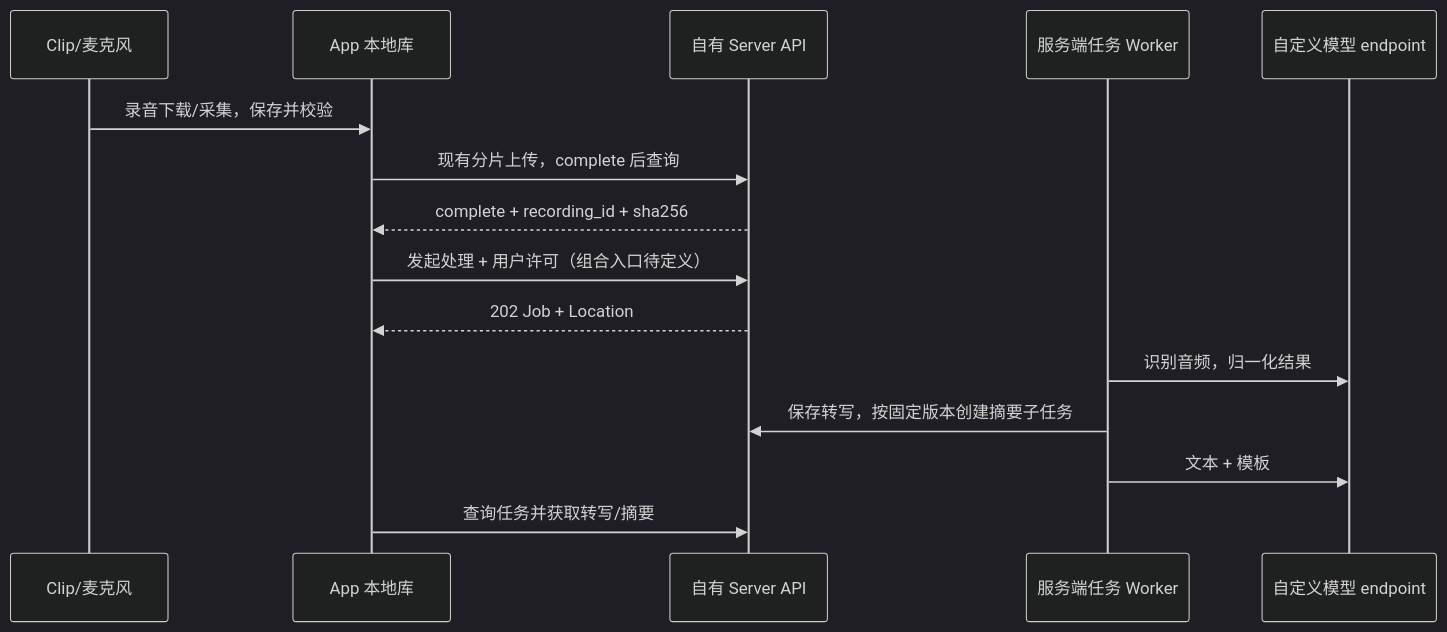
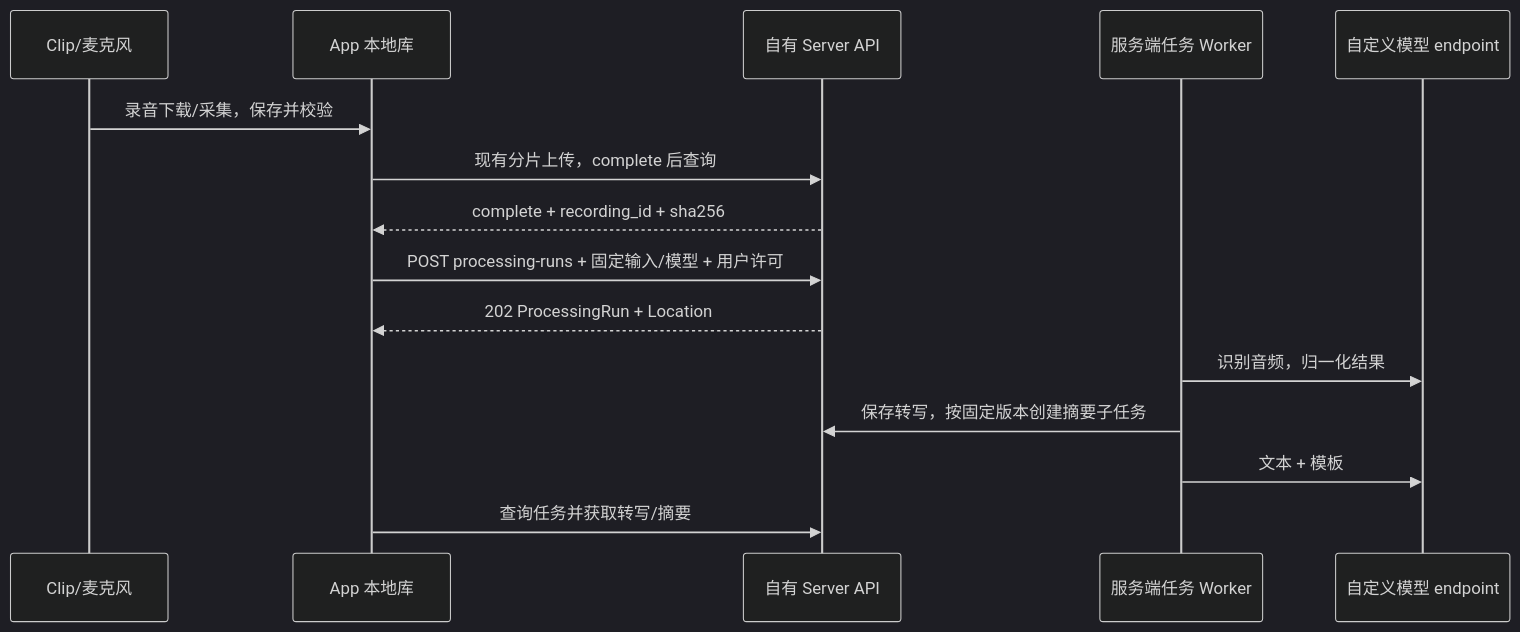
One commit to boboliu-1010/reSpeaker_Clip changed the diagram in docs/contracts/ai-http-v1.md. Above: the diagram before and after it, drawn with Mermaid (dark theme). The commit also changed other lines of this file and 5 other files, not shown here.

````diff
--- a/docs/contracts/ai-http-v1.md
+++ b/docs/contracts/ai-http-v1.md
@@ -13,17 +13,17 @@
 ```mermaid
 sequenceDiagram
     participant Clip as Clip/麦克风
     participant App as App 本地库
     participant API as 自有 Server API
     participant Worker as 服务端任务 Worker
     participant Model as 自定义模型 endpoint
     Clip->>App: 录音下载/采集，保存并校验
     App->>API: 现有分片上传，complete 后查询
     API-->>App: complete + recording_id + sha256
-    App->>API: 发起处理 + 用户许可（组合入口待定义）
-    API-->>App: 202 Job + Location
+    App->>API: POST processing-runs + 固定输入/模型 + 用户许可
+    API-->>App: 202 ProcessingRun + Location
     Worker->>Model: 识别音频，归一化结果
     Worker->>API: 保存转写，按固定版本创建摘要子任务
     Worker->>Model: 文本 + 模板
     App->>API: 查询任务并获取转写/摘要
 ```
````
